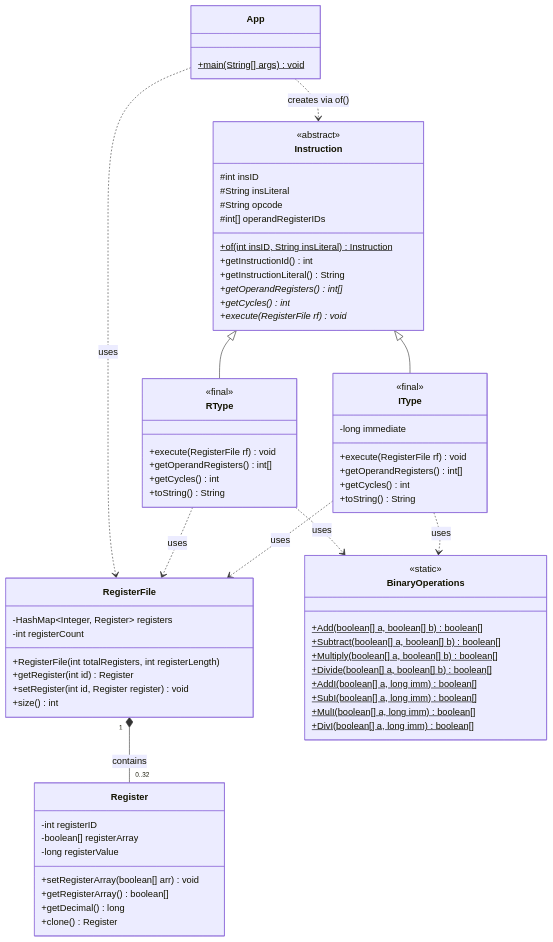
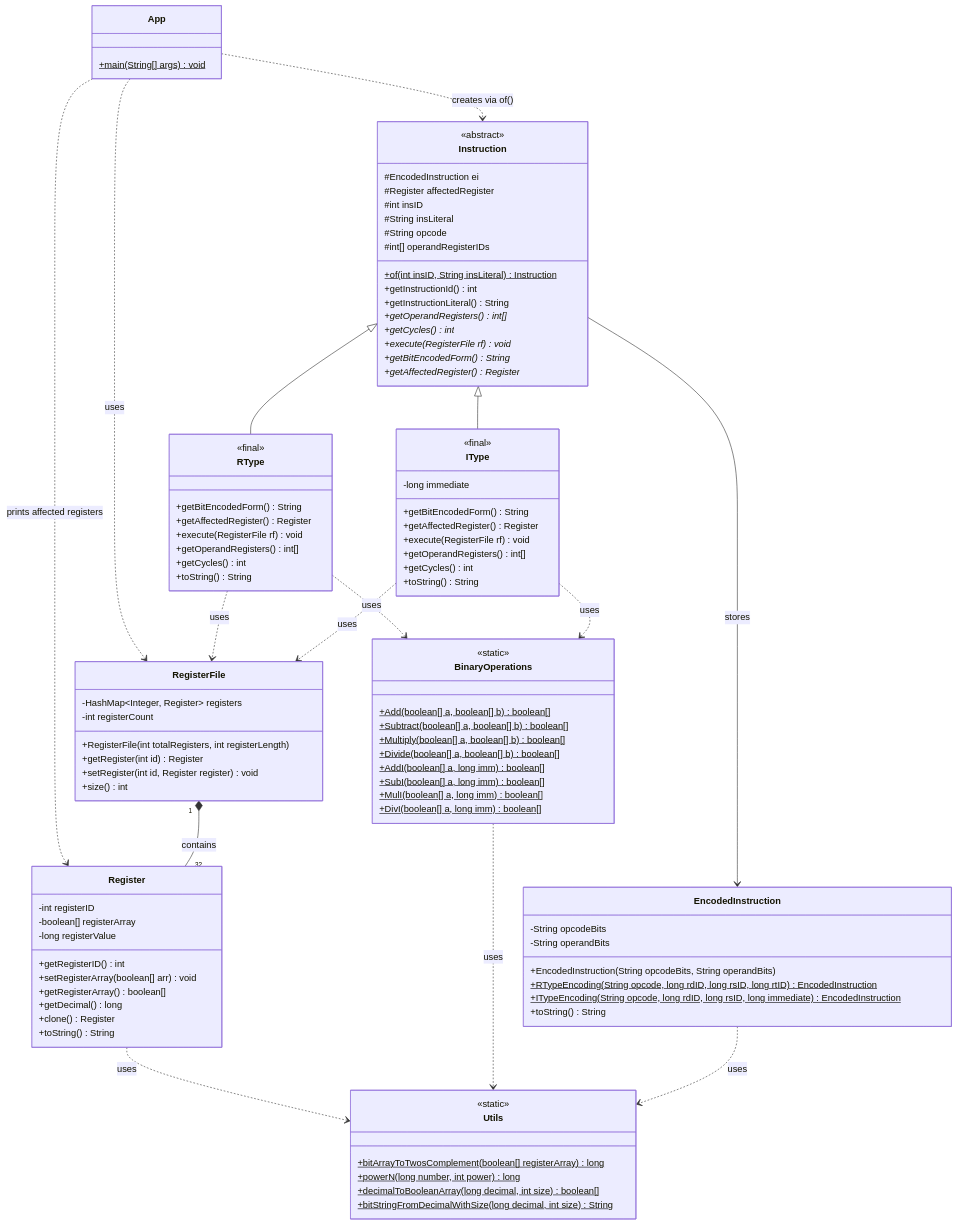
One commit to set-kaung/mips_sim_java changed the diagram in README.md. Above: the diagram before and after it, drawn with Mermaid. The commit also changed other lines of this file and 32 other files, not shown here.

````diff
--- a/README.md
+++ b/README.md
@@ -6,6 +26,8 @@
 classDiagram
     class Instruction {
         <<abstract>>
+        #EncodedInstruction ei
+        #Register affectedRegister
         #int insID
         #String insLiteral
         #String opcode
@@ -16,10 +38,14 @@
         +getOperandRegisters()* int[]
         +getCycles()* int
         +execute(RegisterFile rf)* void
+        +getBitEncodedForm()* String
+        +getAffectedRegister()* Register
     }
 
     class RType {
         <<final>>
+        +getBitEncodedForm() String
+        +getAffectedRegister() Register
         +execute(RegisterFile rf) void
         +getOperandRegisters() int[]
         +getCycles() int
@@ -29,9 +55,20 @@
     class IType {
         <<final>>
         -long immediate
+        +getBitEncodedForm() String
+        +getAffectedRegister() Register
         +execute(RegisterFile rf) void
         +getOperandRegisters() int[]
         +getCycles() int
+        +toString() String
+    }
+
+    class EncodedInstruction {
+        -String opcodeBits
+        -String operandBits
+        +EncodedInstruction(String opcodeBits, String operandBits)
+        +RTypeEncoding(String opcode, long rdID, long rsID, long rtID)$ EncodedInstruction
+        +ITypeEncoding(String opcode, long rdID, long rsID, long immediate)$ EncodedInstruction
         +toString() String
     }
 
@@ -48,10 +85,12 @@
         -int registerID
         -boolean[] registerArray
         -long registerValue
+        +getRegisterID() int
         +setRegisterArray(boolean[] arr) void
         +getRegisterArray() boolean[]
         +getDecimal() long
         +clone() Register
+        +toString() String
     }
 
     class BinaryOperations {
@@ -70,13 +109,26 @@
         +main(String[] args)$ void
     }
 
+    class Utils {
+        <<static>>
+        +bitArrayToTwosComplement(boolean[] registerArray)$ long
+        +powerN(long number, int power)$ long
+        +decimalToBooleanArray(long decimal, int size)$ boolean[]
+        +bitStringFromDecimalWithSize(long decimal, int size)$ String
+    }
+
     Instruction <|-- RType
     Instruction <|-- IType
     App ..> Instruction : creates via of()
+    App ..> Register : prints affected registers
     App ..> RegisterFile : uses
     RType ..> RegisterFile : uses
     IType ..> RegisterFile : uses
-    RegisterFile "1" *-- "0..32" Register : contains
+    Instruction --> EncodedInstruction : stores
+    RegisterFile "1" *-- "32" Register : contains
     RType ..> BinaryOperations : uses
     IType ..> BinaryOperations : uses
+    Register ..> Utils : uses
+    BinaryOperations ..> Utils : uses
+    EncodedInstruction ..> Utils : uses
 ```
````
